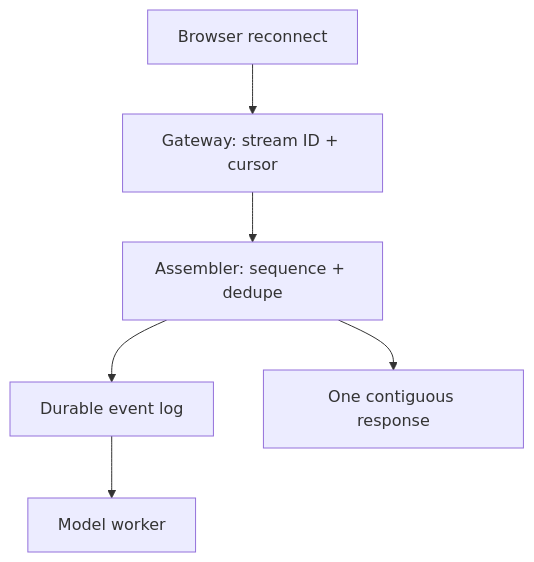
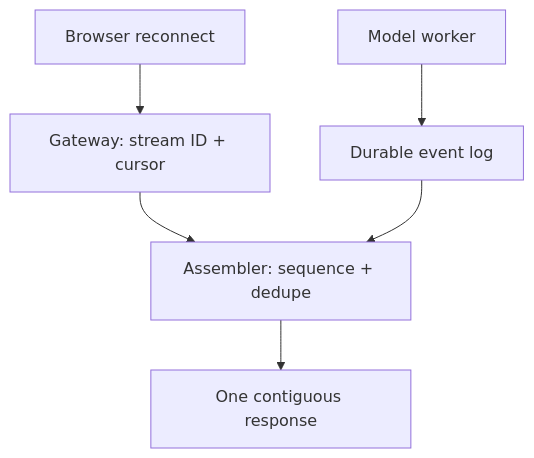
One commit to Soulful-Iris/junior-to-staff changed the first of 3 diagrams in companies/openai.md. Above: the diagram before and after it, drawn with Mermaid. The commit also changed other lines of this file and 146 other files, not shown here.

Commit message:
Improve lesson context, actual UI examples and whole-course reading flow

````diff
--- a/companies/openai.md
+++ b/companies/openai.md
@@ -56,8 +65,8 @@
 ```mermaid
 flowchart TD
  A["Browser reconnect"] --> B["Gateway: stream ID + cursor"]
  B --> C["Assembler: sequence + dedupe"]
- C --> D["Durable event log"]
- D --> E["Model worker"]
+ E["Model worker"] --> D["Durable event log"]
+ D --> C
  C --> F["One contiguous response"]
 ```
````
